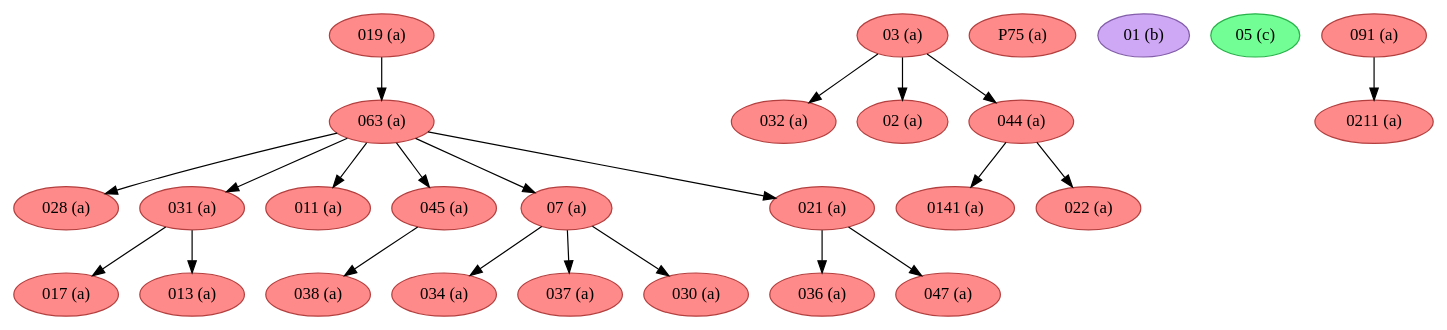
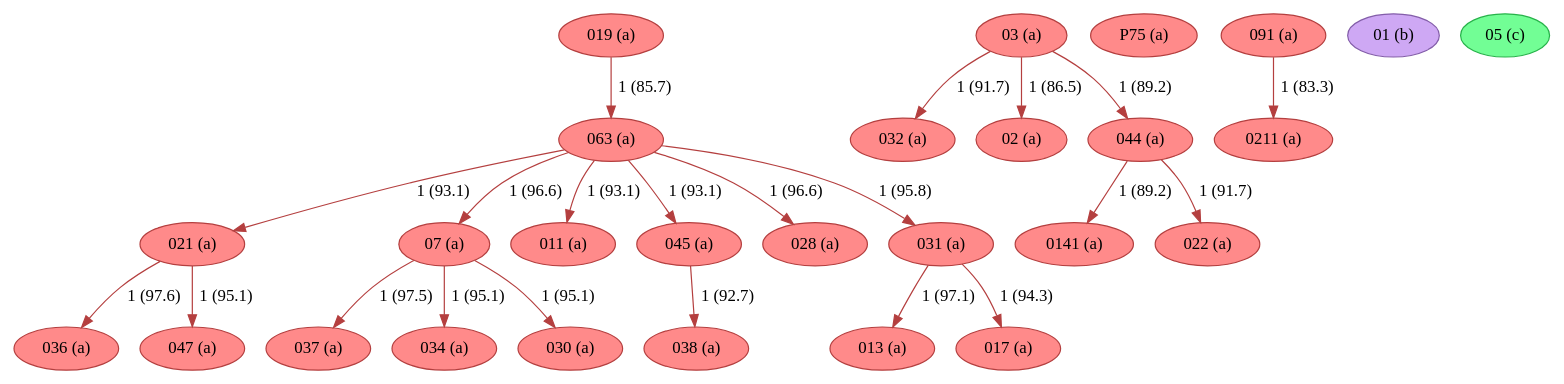
The diagram in example/c2/textual_flow_23_2-10_c2.dot (edmondac/CBGM), drawn with Graphviz before and after one commit. The commit also changed 163 other files, not shown here.

Commit message:
Updated diagrams with new code

```diff
--- a/example/c2/textual_flow_23_2-10_c2.dot
+++ b/example/c2/textual_flow_23_2-10_c2.dot
@@ -1,50 +1,50 @@
 strict digraph G {
+"013 (a)" [fillcolor="#FF8A8A", color="#b43f3f", style=filled];
+"017 (a)" [fillcolor="#FF8A8A", color="#b43f3f", style=filled];
+"032 (a)" [fillcolor="#FF8A8A", color="#b43f3f", style=filled];
+"021 (a)" [fillcolor="#FF8A8A", color="#b43f3f", style=filled];
+"037 (a)" [fillcolor="#FF8A8A", color="#b43f3f", style=filled];
+"02 (a)" [fillcolor="#FF8A8A", color="#b43f3f", style=filled];
+"036 (a)" [fillcolor="#FF8A8A", color="#b43f3f", style=filled];
+"07 (a)" [fillcolor="#FF8A8A", color="#b43f3f", style=filled];
+"03 (a)" [fillcolor="#FF8A8A", color="#b43f3f", style=filled];
+"P75 (a)" [fillcolor="#FF8A8A", color="#b43f3f", style=filled];
 "038 (a)" [fillcolor="#FF8A8A", color="#b43f3f", style=filled];
-"032 (a)" [fillcolor="#FF8A8A", color="#b43f3f", style=filled];
 "034 (a)" [fillcolor="#FF8A8A", color="#b43f3f", style=filled];
-"063 (a)" [fillcolor="#FF8A8A", color="#b43f3f", style=filled];
-"028 (a)" [fillcolor="#FF8A8A", color="#b43f3f", style=filled];
-"02 (a)" [fillcolor="#FF8A8A", color="#b43f3f", style=filled];
-"03 (a)" [fillcolor="#FF8A8A", color="#b43f3f", style=filled];
-"044 (a)" [fillcolor="#FF8A8A", color="#b43f3f", style=filled];
+"019 (a)" [fillcolor="#FF8A8A", color="#b43f3f", style=filled];
 "0141 (a)" [fillcolor="#FF8A8A", color="#b43f3f", style=filled];
-"019 (a)" [fillcolor="#FF8A8A", color="#b43f3f", style=filled];
-"P75 (a)" [fillcolor="#FF8A8A", color="#b43f3f", style=filled];
+"0211 (a)" [fillcolor="#FF8A8A", color="#b43f3f", style=filled];
+"011 (a)" [fillcolor="#FF8A8A", color="#b43f3f", style=filled];
+"045 (a)" [fillcolor="#FF8A8A", color="#b43f3f", style=filled];
 "01 (b)" [fillcolor="#CEA8F4", color="#835da9", style=filled];
 "05 (c)" [fillcolor="#72FE95", color="#27b34a", style=filled];
+"030 (a)" [fillcolor="#FF8A8A", color="#b43f3f", style=filled];
+"028 (a)" [fillcolor="#FF8A8A", color="#b43f3f", style=filled];
+"091 (a)" [fillcolor="#FF8A8A", color="#b43f3f", style=filled];
+"022 (a)" [fillcolor="#FF8A8A", color="#b43f3f", style=filled];
+"047 (a)" [fillcolor="#FF8A8A", color="#b43f3f", style=filled];
+"044 (a)" [fillcolor="#FF8A8A", color="#b43f3f", style=filled];
+"063 (a)" [fillcolor="#FF8A8A", color="#b43f3f", style=filled];
 "031 (a)" [fillcolor="#FF8A8A", color="#b43f3f", style=filled];
-"036 (a)" [fillcolor="#FF8A8A", color="#b43f3f", style=filled];
-"017 (a)" [fillcolor="#FF8A8A", color="#b43f3f", style=filled];
-"011 (a)" [fillcolor="#FF8A8A", color="#b43f3f", style=filled];
-"047 (a)" [fillcolor="#FF8A8A", color="#b43f3f", style=filled];
-"045 (a)" [fillcolor="#FF8A8A", color="#b43f3f", style=filled];
-"022 (a)" [fillcolor="#FF8A8A", color="#b43f3f", style=filled];
-"013 (a)" [fillcolor="#FF8A8A", color="#b43f3f", style=filled];
-"091 (a)" [fillcolor="#FF8A8A", color="#b43f3f", style=filled];
-"07 (a)" [fillcolor="#FF8A8A", color="#b43f3f", style=filled];
-"0211 (a)" [fillcolor="#FF8A8A", color="#b43f3f", style=filled];
-"037 (a)" [fillcolor="#FF8A8A", color="#b43f3f", style=filled];
-"030 (a)" [fillcolor="#FF8A8A", color="#b43f3f", style=filled];
-"021 (a)" [fillcolor="#FF8A8A", color="#b43f3f", style=filled];
-"063 (a)" -> "028 (a)";
-"063 (a)" -> "031 (a)";
-"063 (a)" -> "07 (a)";
-"063 (a)" -> "021 (a)";
-"063 (a)" -> "011 (a)";
-"063 (a)" -> "045 (a)";
-"03 (a)" -> "032 (a)";
-"03 (a)" -> "044 (a)";
-"03 (a)" -> "02 (a)";
-"044 (a)" -> "022 (a)";
-"044 (a)" -> "0141 (a)";
-"019 (a)" -> "063 (a)";
-"031 (a)" -> "017 (a)";
-"031 (a)" -> "013 (a)";
-"045 (a)" -> "038 (a)";
-"091 (a)" -> "0211 (a)";
-"07 (a)" -> "037 (a)";
-"07 (a)" -> "030 (a)";
-"07 (a)" -> "034 (a)";
-"021 (a)" -> "036 (a)";
-"021 (a)" -> "047 (a)";
+"021 (a)" -> "036 (a)"  [color="#b43f3f", label="1 (97.6)"];
+"021 (a)" -> "047 (a)"  [color="#b43f3f", label="1 (95.1)"];
+"07 (a)" -> "030 (a)"  [color="#b43f3f", label="1 (95.1)"];
+"07 (a)" -> "034 (a)"  [color="#b43f3f", label="1 (95.1)"];
+"07 (a)" -> "037 (a)"  [color="#b43f3f", label="1 (97.5)"];
+"03 (a)" -> "044 (a)"  [color="#b43f3f", label="1 (89.2)"];
+"03 (a)" -> "032 (a)"  [color="#b43f3f", label="1 (91.7)"];
+"03 (a)" -> "02 (a)"  [color="#b43f3f", label="1 (86.5)"];
+"019 (a)" -> "063 (a)"  [color="#b43f3f", label="1 (85.7)"];
+"045 (a)" -> "038 (a)"  [color="#b43f3f", label="1 (92.7)"];
+"091 (a)" -> "0211 (a)"  [color="#b43f3f", label="1 (83.3)"];
+"044 (a)" -> "022 (a)"  [color="#b43f3f", label="1 (91.7)"];
+"044 (a)" -> "0141 (a)"  [color="#b43f3f", label="1 (89.2)"];
+"063 (a)" -> "045 (a)"  [color="#b43f3f", label="1 (93.1)"];
+"063 (a)" -> "028 (a)"  [color="#b43f3f", label="1 (96.6)"];
+"063 (a)" -> "011 (a)"  [color="#b43f3f", label="1 (93.1)"];
+"063 (a)" -> "07 (a)"  [color="#b43f3f", label="1 (96.6)"];
+"063 (a)" -> "021 (a)"  [color="#b43f3f", label="1 (93.1)"];
+"063 (a)" -> "031 (a)"  [color="#b43f3f", label="1 (95.8)"];
+"031 (a)" -> "013 (a)"  [color="#b43f3f", label="1 (97.1)"];
+"031 (a)" -> "017 (a)"  [color="#b43f3f", label="1 (94.3)"];
 }
```
